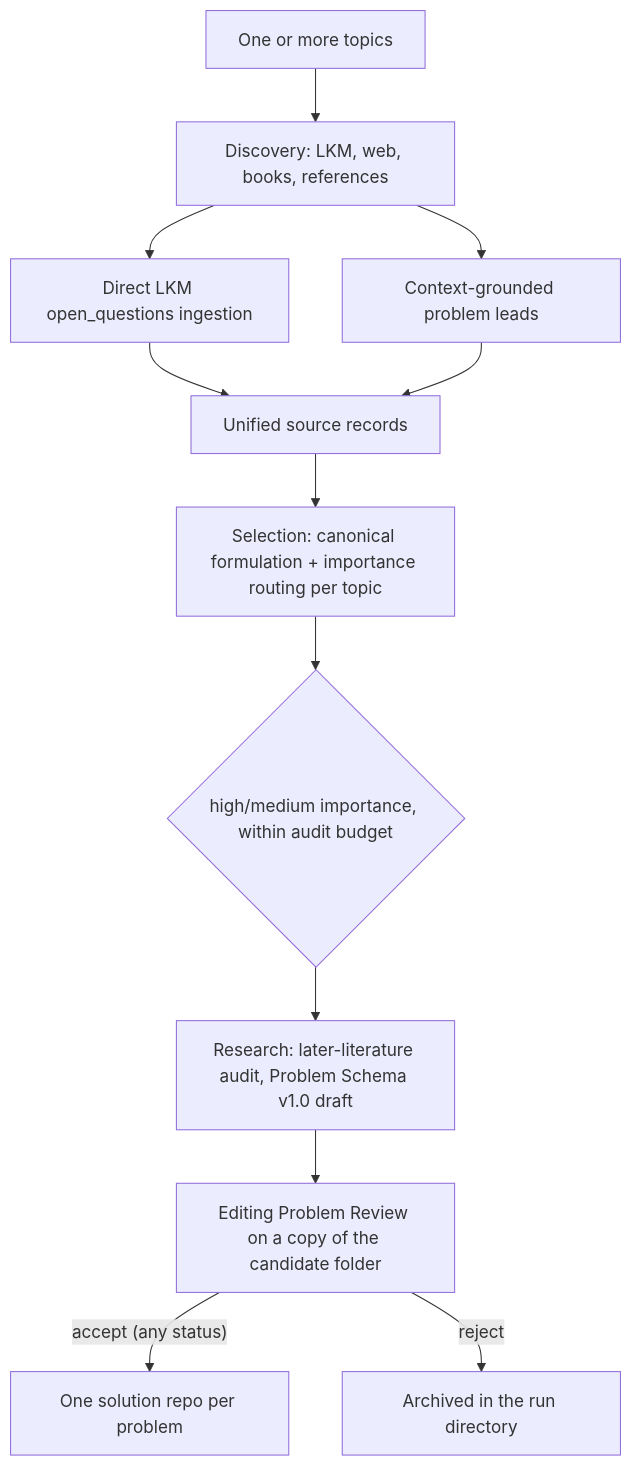
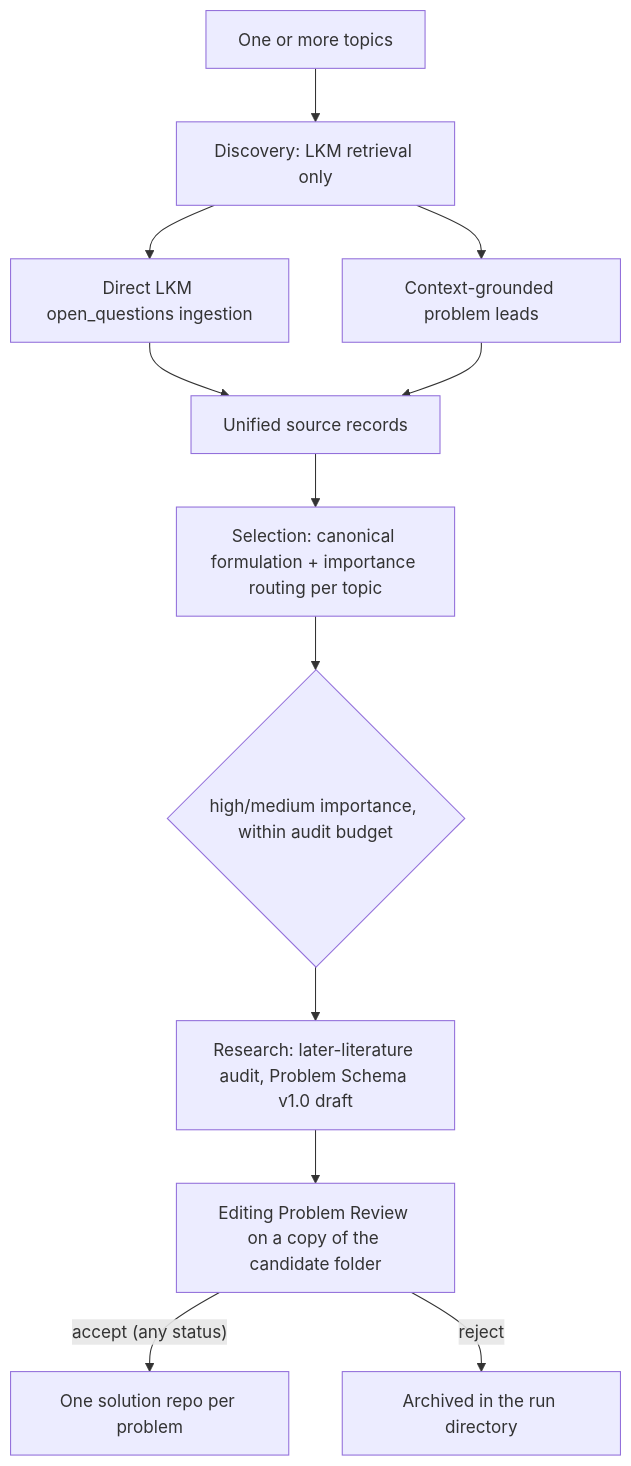
Before and after one commit to kunyuan/open-research-discovery: the diagram in README.md, drawn with Mermaid. The commit also changed other lines of this file and 9 other files, not shown here.

First line of the commit message:
Lightweight discovery/selection: LKM-only summaries, offline merging

````diff
--- a/README.md
+++ b/README.md
@@ -91,14 +86,14 @@
 ```mermaid
 flowchart TD
-    T["One or more topics"] --> D["Discovery: LKM, web, books, references"]
+    T["One or more topics"] --> D["Discovery: LKM retrieval only"]
     D --> L["Direct LKM open_questions ingestion"]
     D --> C["Context-grounded problem leads"]
     L --> S["Unified source records"]
     C --> S
     S --> A["Selection: canonical formulation + importance routing per topic"]
     A --> G{"high/medium importance, within audit budget"}
     G --> R["Research: later-literature audit, Problem Schema v1.0 draft"]
     R --> P["Editing Problem Review on a copy of the candidate folder"]
     P -->|"accept (any status)"| O["One solution repo per problem"]
     P -->|"reject"| X["Archived in the run directory"]
 ```
````
